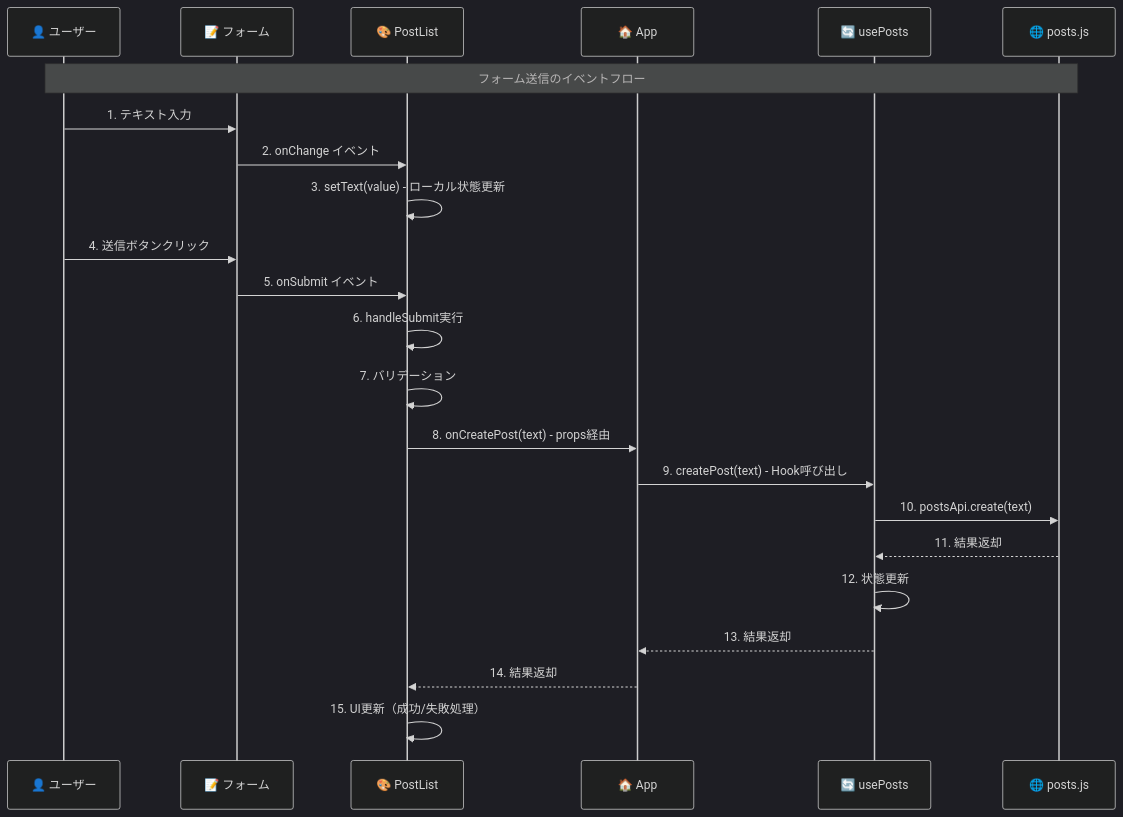
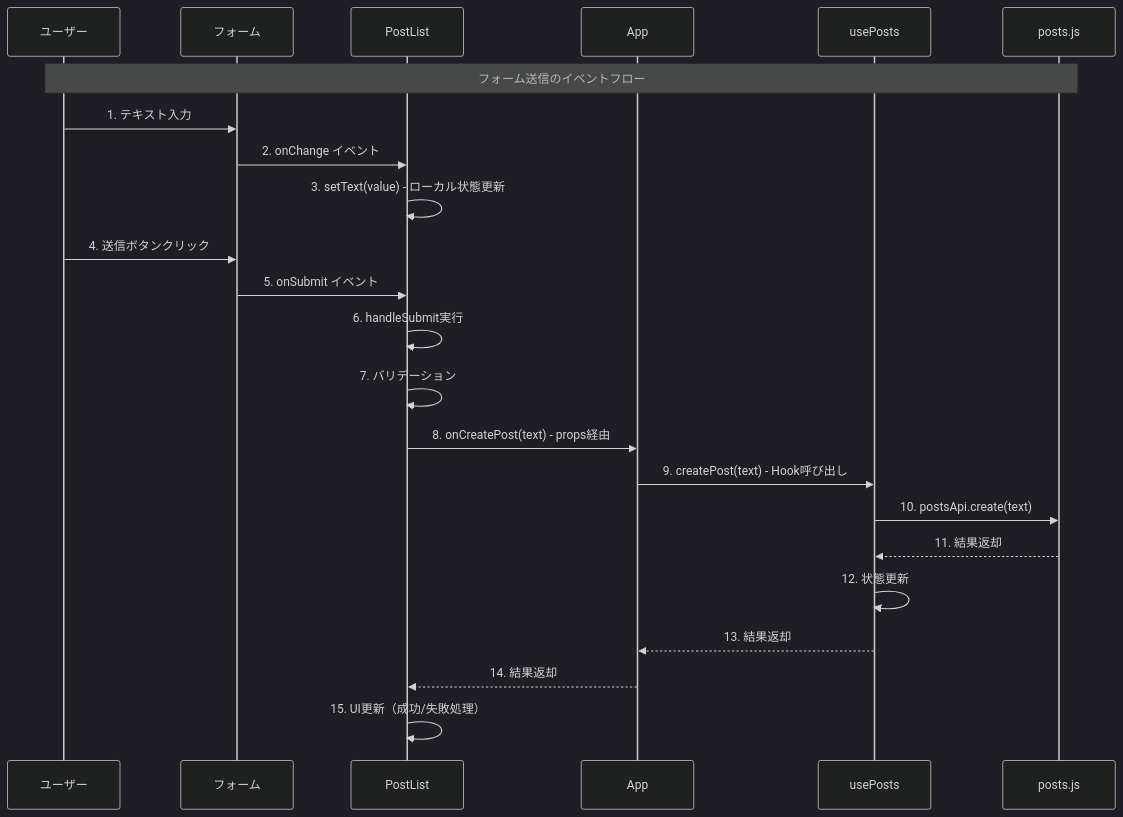
Before and after one commit to KITA-DS12/web-app-simple: diagram 14 of 29 in lecture-materials.md, drawn with Mermaid (dark theme). The commit also changed other lines of this file, not shown here.

````diff
--- a/lecture-materials.md
+++ b/lecture-materials.md
@@ -966,28 +966,28 @@
 ```mermaid
 sequenceDiagram
-    participant U as 👤 ユーザー
-    participant Form as 📝 フォーム
-    participant PostList as 🎨 PostList
-    participant App as 🏠 App
-    participant Hook as 🔄 usePosts
-    participant API as 🌐 posts.js
-    
+    participant U as ユーザー
+    participant Form as フォーム
+    participant PostList as PostList
+    participant App as App
+    participant Hook as usePosts
+    participant API as posts.js
+
     Note over U,API: フォーム送信のイベントフロー
-    
+
     U->>Form: 1. テキスト入力
     Form->>PostList: 2. onChange イベント
     PostList->>PostList: 3. setText(value) - ローカル状態更新
-    
+
     U->>Form: 4. 送信ボタンクリック
     Form->>PostList: 5. onSubmit イベント
     PostList->>PostList: 6. handleSubmit実行
     PostList->>PostList: 7. バリデーション
     PostList->>App: 8. onCreatePost(text) - props経由
     App->>Hook: 9. createPost(text) - Hook呼び出し
     Hook->>API: 10. postsApi.create(text)
     API-->>Hook: 11. 結果返却
     Hook->>Hook: 12. 状態更新
     Hook-->>App: 13. 結果返却
     App-->>PostList: 14. 結果返却
     PostList->>PostList: 15. UI更新（成功/失敗処理）
 ```
````
